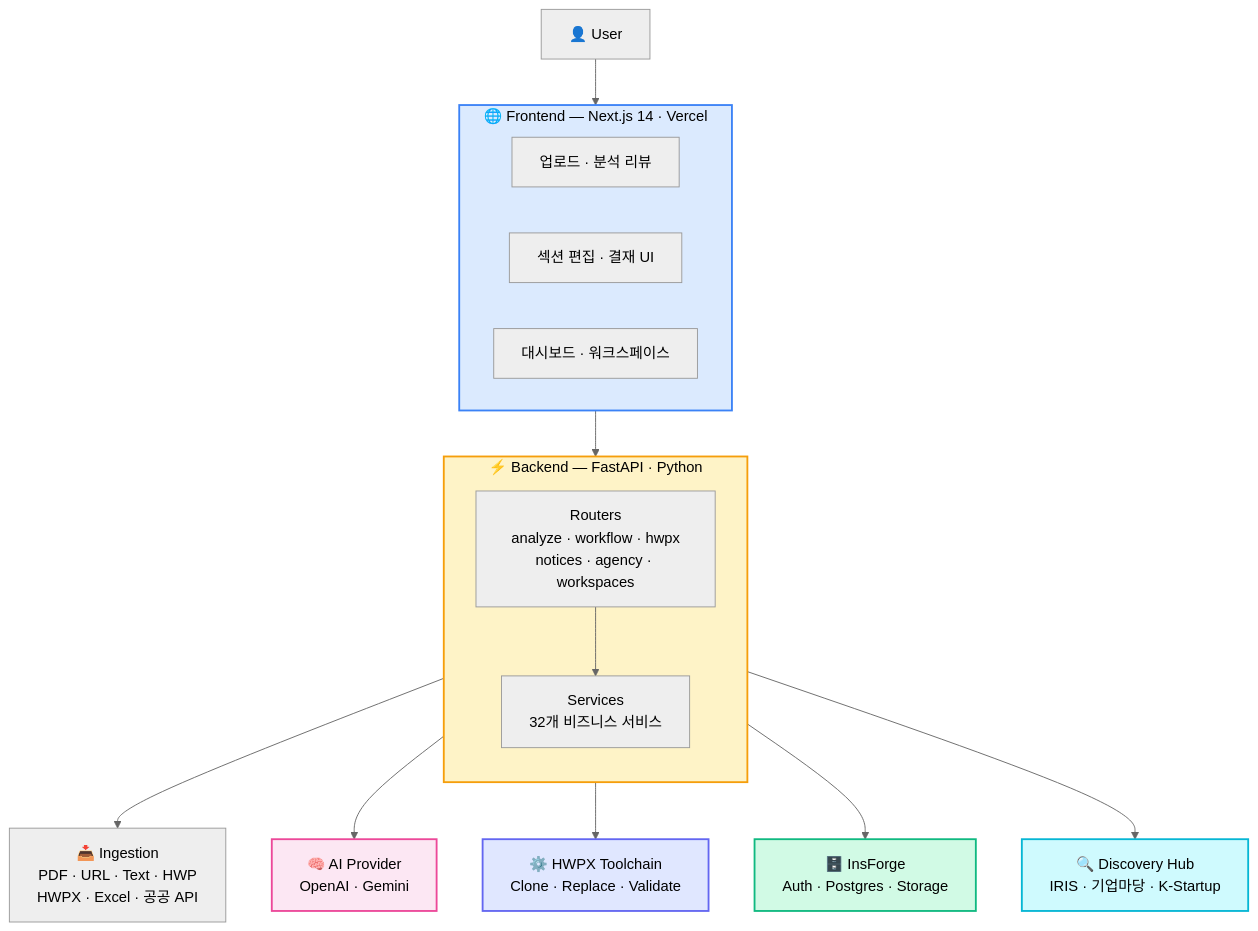
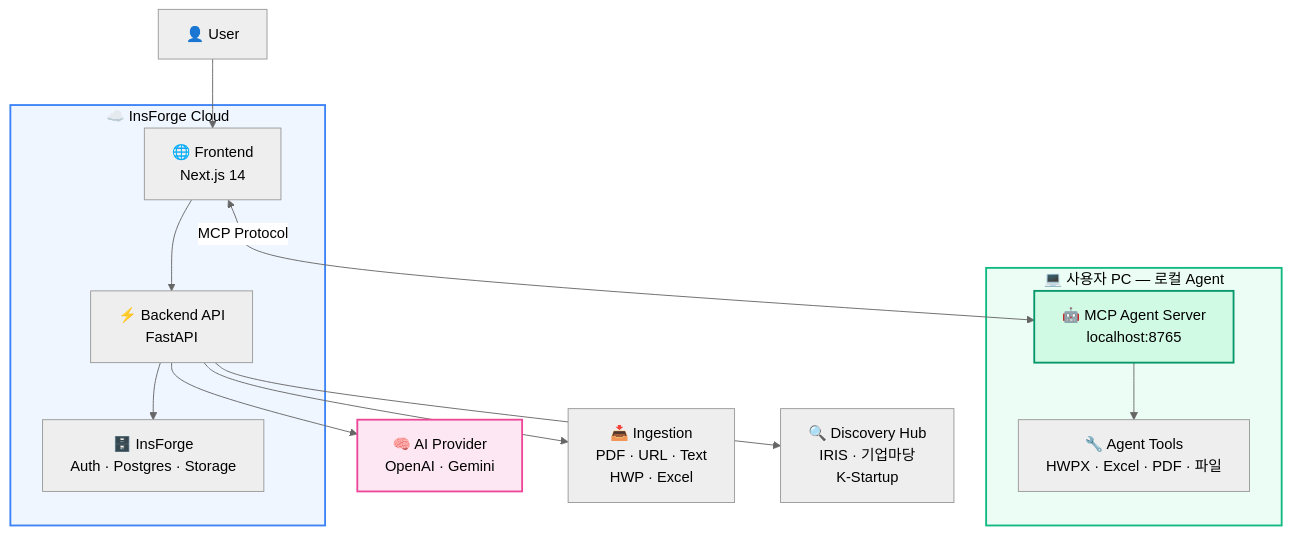
One commit to mingyugim090-debug/DockLive changed the sixth of 6 diagrams in README.md. Above: the diagram before and after it, drawn with Mermaid (neutral theme). The commit also changed other lines of this file, not shown here.

Commit message:
docs: README 로컬 Agent 중심으로 재편성 및 배포 환경 InsForge로 통일

````diff
--- a/README.md
+++ b/README.md
@@ -376,33 +346,27 @@
 ```mermaid
 flowchart TB
     U["👤 User"] --> FE
 
-    subgraph FE["🌐 Frontend — Next.js 14 · Vercel"]
-        direction LR
-        FE1["업로드 · 분석 리뷰"]
-        FE2["섹션 편집 · 결재 UI"]
-        FE3["대시보드 · 워크스페이스"]
+    subgraph LOCAL["💻 사용자 PC — 로컬 Agent"]
+        AGENT["🤖 MCP Agent Server<br/>localhost:8765"]
+        TOOLS["🔧 Agent Tools<br/>HWPX · Excel · PDF · 파일"]
+        AGENT --> TOOLS
     end
 
-    FE --> API
-
-    subgraph API["⚡ Backend — FastAPI · Python"]
-        direction TB
-        R["Routers<br/>analyze · workflow · hwpx<br/>notices · agency · workspaces"]
-        S["Services<br/>32개 비즈니스 서비스"]
-        R --> S
+    subgraph CLOUD["☁️ InsForge Cloud"]
+        FE["🌐 Frontend<br/>Next.js 14"]
+        API["⚡ Backend API<br/>FastAPI"]
+        DB["🗄️ InsForge<br/>Auth · Postgres · Storage"]
+        FE --> API --> DB
     end
 
-    API --> ING["📥 Ingestion<br/>PDF · URL · Text · HWP<br/>HWPX · Excel · 공공 API"]
+    FE <-->|"MCP Protocol"| AGENT
     API --> AI["🧠 AI Provider<br/>OpenAI · Gemini"]
-    API --> HWPX["⚙️ HWPX Toolchain<br/>Clone · Replace · Validate"]
-    API --> DB["🗄️ InsForge<br/>Auth · Postgres · Storage"]
-    API --> DISC["🔍 Discovery Hub<br/>IRIS · 기업마당 · K-Startup"]
+    API --> ING["📥 Ingestion<br/>PDF · URL · Text<br/>HWP · Excel"]
+    API --> DISC["🔍 Discovery Hub<br/>IRIS · 기업마당<br/>K-Startup"]
 
-    style FE fill:#dbeafe,stroke:#3b82f6,stroke-width:2px,color:#000
-    style API fill:#fef3c7,stroke:#f59e0b,stroke-width:2px,color:#000
+    style LOCAL fill:#ecfdf5,stroke:#10b981,stroke-width:2px,color:#000
+    style CLOUD fill:#eff6ff,stroke:#3b82f6,stroke-width:2px,color:#000
+    style AGENT fill:#d1fae5,stroke:#059669,stroke-width:2px,color:#000
     style AI fill:#fce7f3,stroke:#ec4899,stroke-width:2px,color:#000
-    style HWPX fill:#e0e7ff,stroke:#6366f1,stroke-width:2px,color:#000
-    style DB fill:#d1fae5,stroke:#10b981,stroke-width:2px,color:#000
-    style DISC fill:#cffafe,stroke:#06b6d4,stroke-width:2px,color:#000
 ```
````
